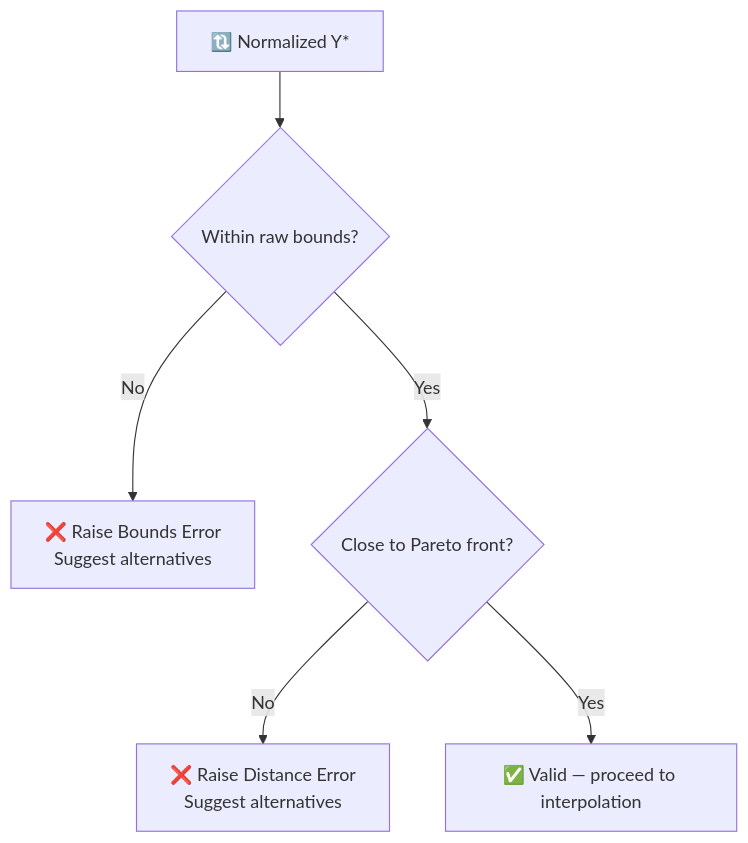
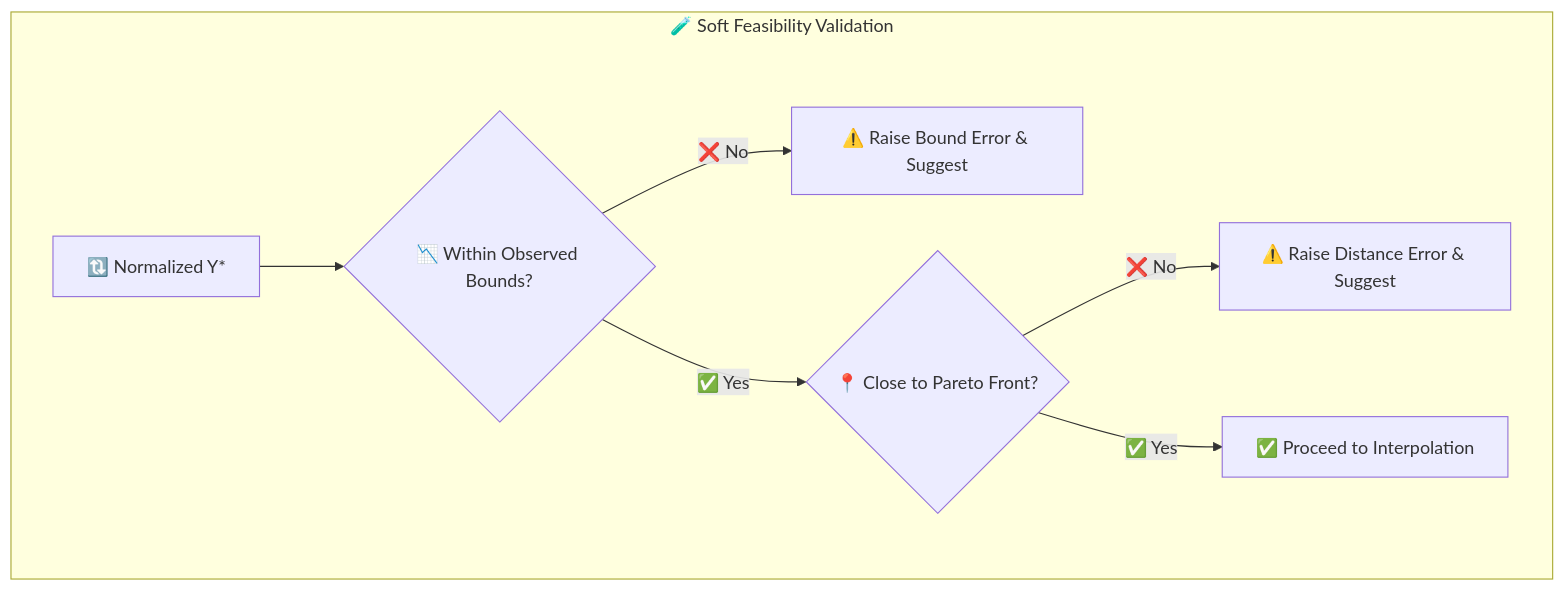
Before and after one commit to Nicola-Ibrahim/Tracing-Objectives-Backwards: the second of 5 diagrams in docs/catalog-of-terms/process/generatingNewData.md, drawn with Mermaid. The commit also changed other lines of this file, not shown here.

Commit message:
refactor: Enhance generatingNewData documentation; improve flowcharts and clarity of processes

````diff
--- a/docs/catalog-of-terms/process/generatingNewData.md
+++ b/docs/catalog-of-terms/process/generatingNewData.md
@@ -50,11 +56,13 @@
 ```mermaid
-graph TD
-  A["🔃 Normalized Y*"] --> B{"Within raw bounds?"}
-  B -- No --> C["❌ Raise Bounds Error 
-                Suggest alternatives"]
-  B -- Yes --> D{"Close to Pareto front?"}
-  D -- No --> E["❌ Raise Distance Error
-                Suggest alternatives"]
-  D -- Yes --> F["✅ Valid — proceed to interpolation"]
+flowchart TD
+
+  subgraph "🧪 Soft Feasibility Validation"
+    A["🔃 Normalized Y*"] --> B{"📉 Within Observed Bounds?"}
+    B -->|❌ No| C["⚠️ Raise Bound Error & Suggest"]
+    B -->|✅ Yes| D{"📍 Close to Pareto Front?"}
+    D -->|❌ No| E["⚠️ Raise Distance Error & Suggest"]
+    D -->|✅ Yes| F["✅ Proceed to Interpolation"]
+  end
+
 
 ```
````
